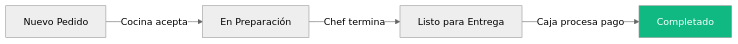
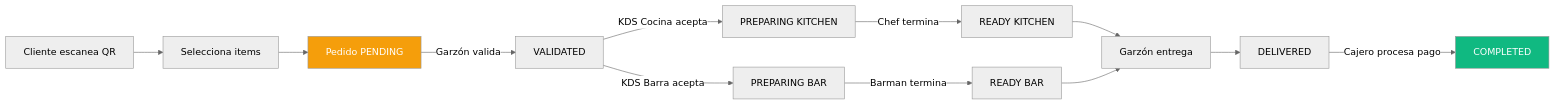
The first of 3 diagrams in README.md (Hctr2002/Software-Restaurantes), drawn with Mermaid (neutral theme) before and after one commit. The commit also changed other lines of this file and 24 other files, not shown here.

````diff
--- a/README.md
+++ b/README.md
@@ -37,7 +372,16 @@
 ```mermaid
 graph LR
-    A[Nuevo Pedido] -->|Cocina acepta| B[En Preparación]
-    B -->|Chef termina| C[Listo para Entrega]
-    C -->|Caja procesa pago| D[Completado]
-    style D fill:#10b981,color:#fff
+    A[Cliente escanea QR] --> B[Selecciona items]
+    B --> C[Pedido PENDING]
+    C -->|Garzón valida| D[VALIDATED]
+    D -->|KDS Cocina acepta| E[PREPARING KITCHEN]
+    D -->|KDS Barra acepta| F[PREPARING BAR]
+    E -->|Chef termina| G[READY KITCHEN]
+    F -->|Barman termina| H[READY BAR]
+    G --> I[Garzón entrega]
+    H --> I
+    I --> J[DELIVERED]
+    J -->|Cajero procesa pago| K[COMPLETED]
+    style K fill:#10b981,color:#fff
+    style C fill:#f59e0b,color:#fff
 ```
````
